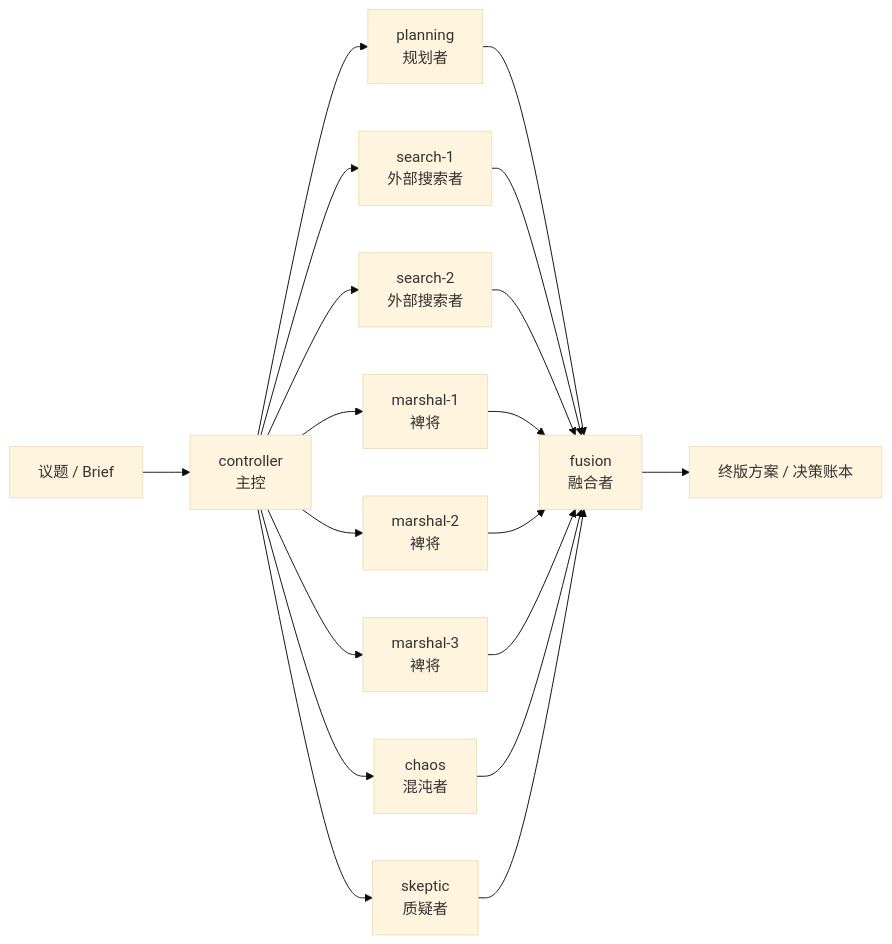
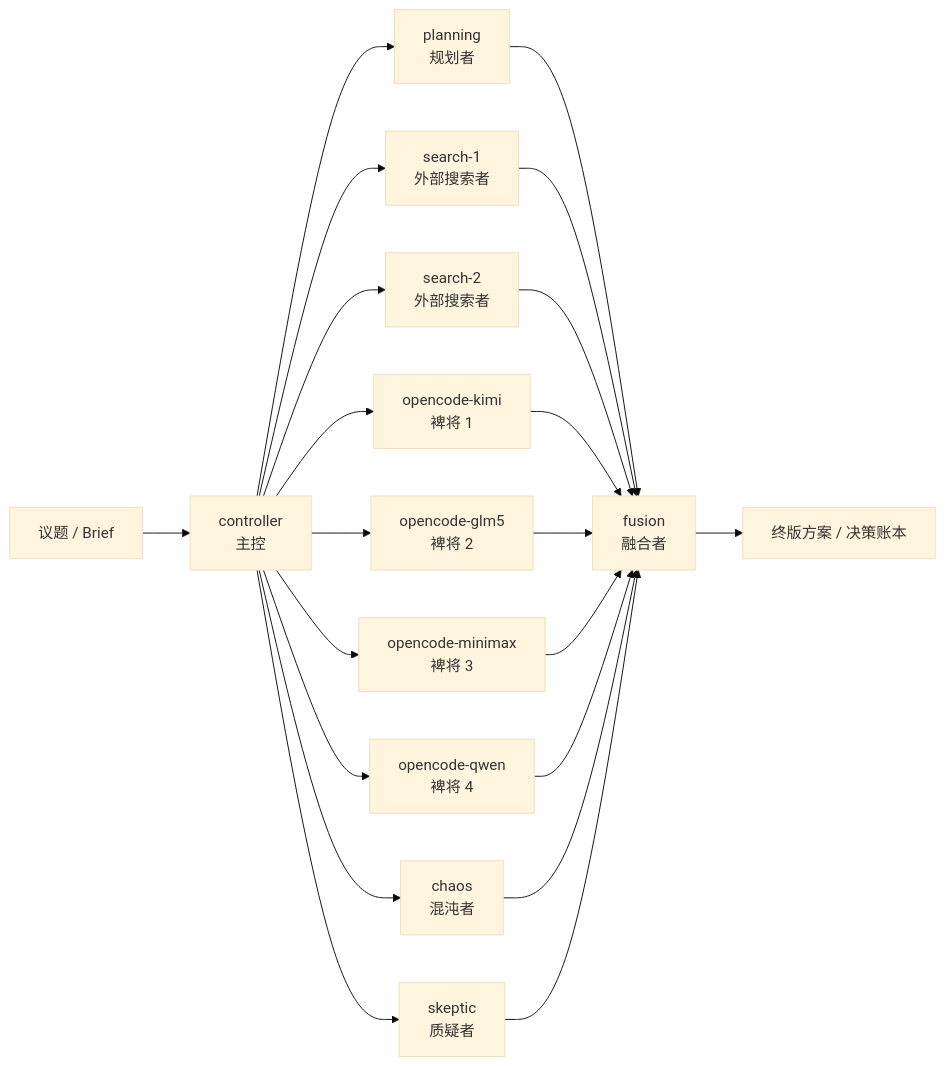
Before and after one commit to qiuxinyuan321/pijiang: the first of 3 diagrams in docs/demo-visuals.md, drawn with Mermaid (base theme). The commit also changed other lines of this file and 23 other files, not shown here.

````diff
--- a/docs/demo-visuals.md
+++ b/docs/demo-visuals.md
@@ -15,21 +15,23 @@
 ```mermaid
 flowchart LR
     U["议题 / Brief"] --> C["controller<br/>主控"]
     C --> P["planning<br/>规划者"]
     C --> S1["search-1<br/>外部搜索者"]
     C --> S2["search-2<br/>外部搜索者"]
-    C --> M1["marshal-1<br/>裨将"]
-    C --> M2["marshal-2<br/>裨将"]
-    C --> M3["marshal-3<br/>裨将"]
+    C --> K1["opencode-kimi<br/>裨将 1"]
+    C --> G1["opencode-glm5<br/>裨将 2"]
+    C --> M1["opencode-minimax<br/>裨将 3"]
+    C --> Q1["opencode-qwen<br/>裨将 4"]
     C --> H["chaos<br/>混沌者"]
     C --> K["skeptic<br/>质疑者"]
     P --> F["fusion<br/>融合者"]
     S1 --> F
     S2 --> F
+    K1 --> F
+    G1 --> F
     M1 --> F
-    M2 --> F
-    M3 --> F
+    Q1 --> F
     H --> F
     K --> F
     F --> O["终版方案 / 决策账本"]
 ```
````
